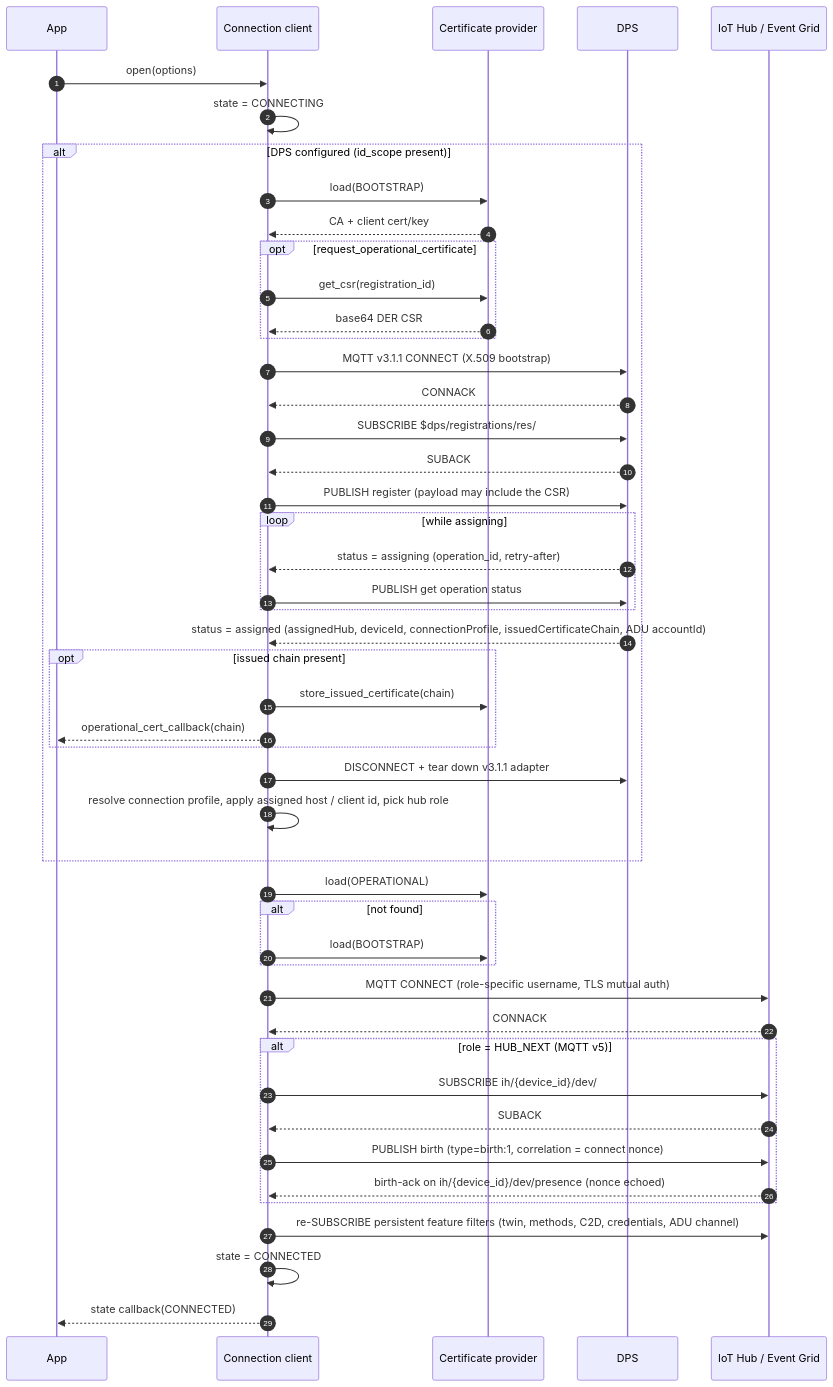
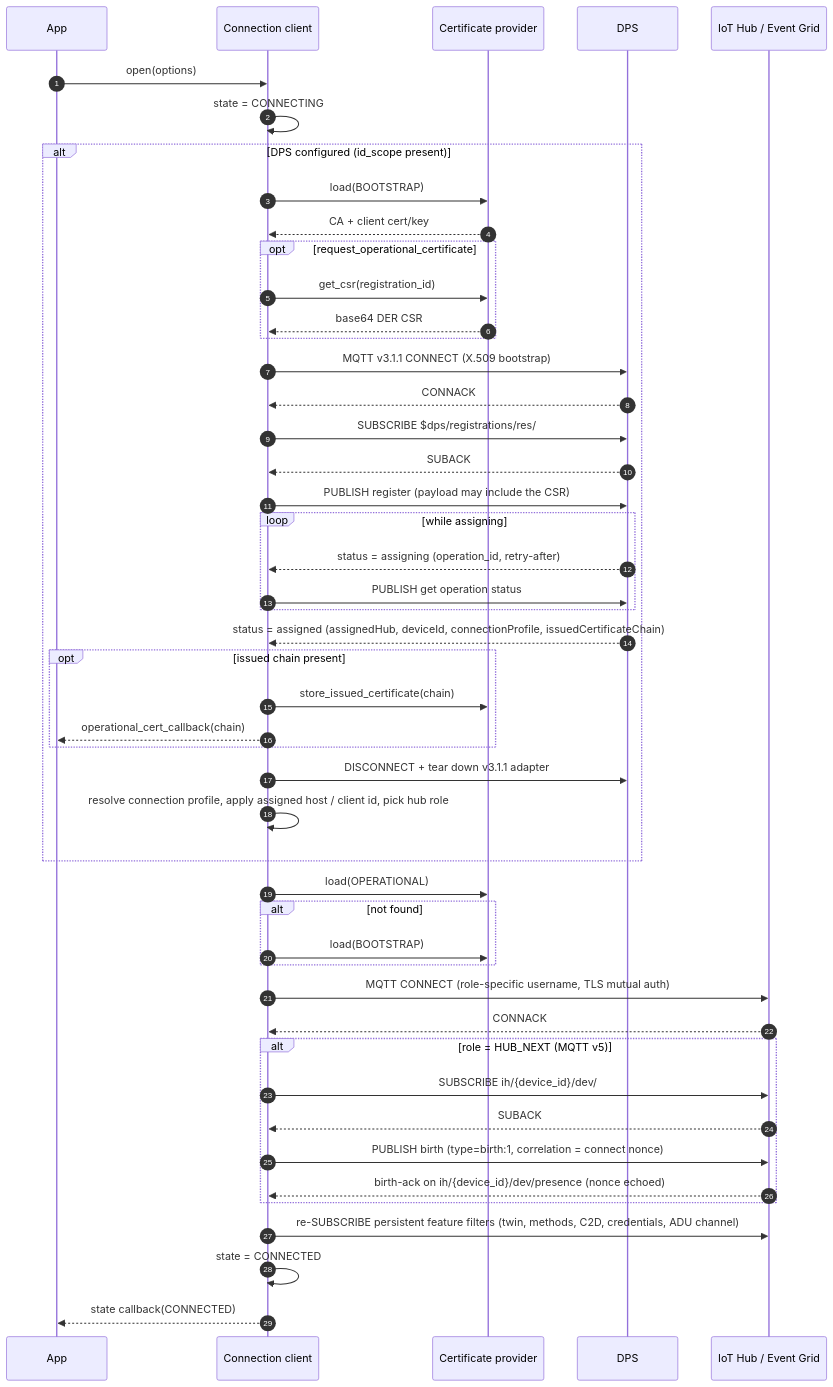
One commit to Azure/azure-iot-sdk changed the third of 9 diagrams in c/docs/connection.md. Above: the diagram before and after it, drawn with Mermaid. The commit also changed other lines of this file, not shown here.

First line of the commit message:
Correct ADUv2 details against the DPS device-update spec

````diff
--- a/c/docs/connection.md
+++ b/c/docs/connection.md
@@ -100,55 +100,55 @@
 ```mermaid
 sequenceDiagram
     autonumber
     participant App
     participant Conn as Connection client
     participant Cert as Certificate provider
     participant DPS
     participant Hub as IoT Hub / Event Grid
 
     App->>Conn: open(options)
     Conn->>Conn: state = CONNECTING
 
     alt DPS configured (id_scope present)
         Conn->>Cert: load(BOOTSTRAP)
         Cert-->>Conn: CA + client cert/key
         opt request_operational_certificate
             Conn->>Cert: get_csr(registration_id)
             Cert-->>Conn: base64 DER CSR
         end
         Conn->>DPS: MQTT v3.1.1 CONNECT (X.509 bootstrap)
         DPS-->>Conn: CONNACK
         Conn->>DPS: SUBSCRIBE $dps/registrations/res/#
         DPS-->>Conn: SUBACK
         Conn->>DPS: PUBLISH register (payload may include the CSR)
         loop while assigning
             DPS-->>Conn: status = assigning (operation_id, retry-after)
             Conn->>DPS: PUBLISH get operation status
         end
-        DPS-->>Conn: status = assigned (assignedHub, deviceId, connectionProfile, issuedCertificateChain, ADU accountId)
+        DPS-->>Conn: status = assigned (assignedHub, deviceId, connectionProfile, issuedCertificateChain)
         opt issued chain present
             Conn->>Cert: store_issued_certificate(chain)
             Conn-->>App: operational_cert_callback(chain)
         end
         Conn->>DPS: DISCONNECT + tear down v3.1.1 adapter
         Conn->>Conn: resolve connection profile, apply assigned host / client id, pick hub role
     end
 
     Conn->>Cert: load(OPERATIONAL)
     alt not found
         Conn->>Cert: load(BOOTSTRAP)
     end
     Conn->>Hub: MQTT CONNECT (role-specific username, TLS mutual auth)
     Hub-->>Conn: CONNACK
 
     alt role = HUB_NEXT (MQTT v5)
         Conn->>Hub: SUBSCRIBE ih/{device_id}/dev/# (QoS 1)
         Hub-->>Conn: SUBACK
         Conn->>Hub: PUBLISH birth (type=birth:1, correlation = connect nonce)
         Hub-->>Conn: birth-ack on ih/{device_id}/dev/presence (nonce echoed)
     end
 
     Conn->>Hub: re-SUBSCRIBE persistent feature filters (twin, methods, C2D, credentials, ADU channel)
     Conn->>Conn: state = CONNECTED
     Conn-->>App: state callback(CONNECTED)
 ```
````
